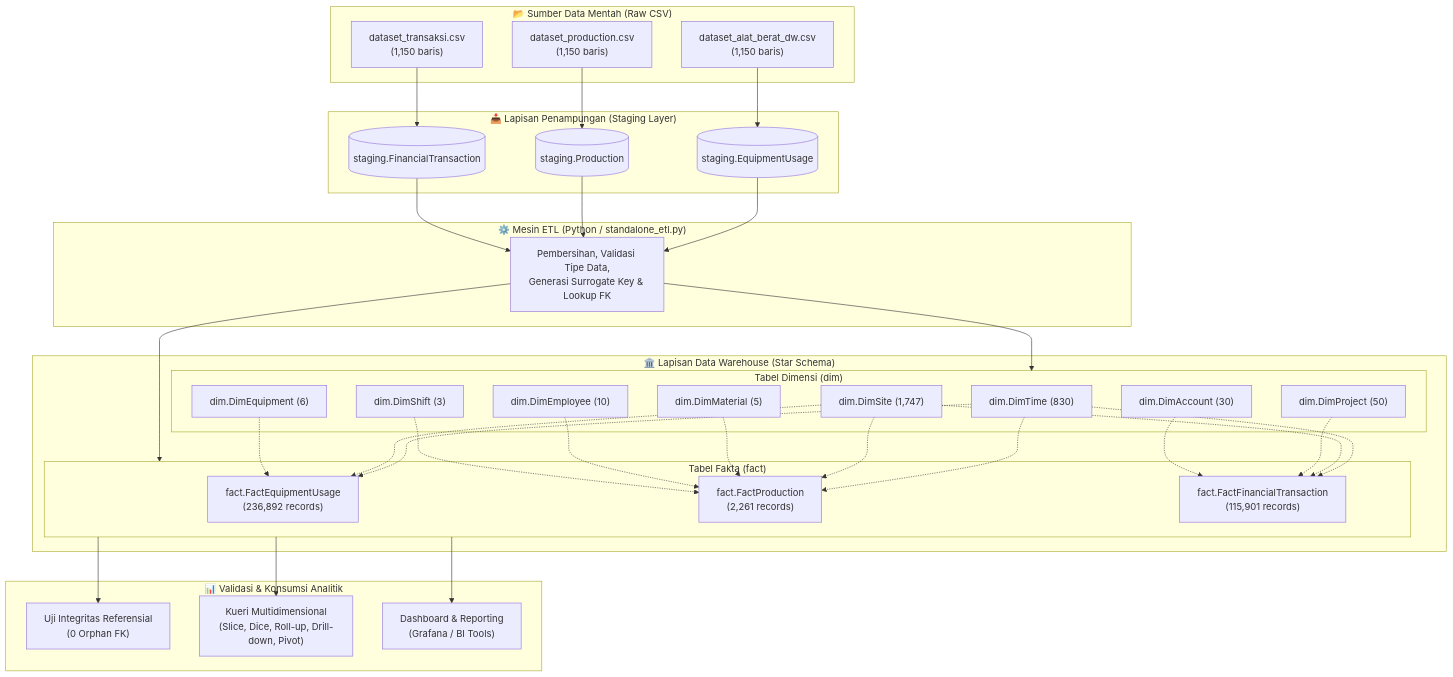
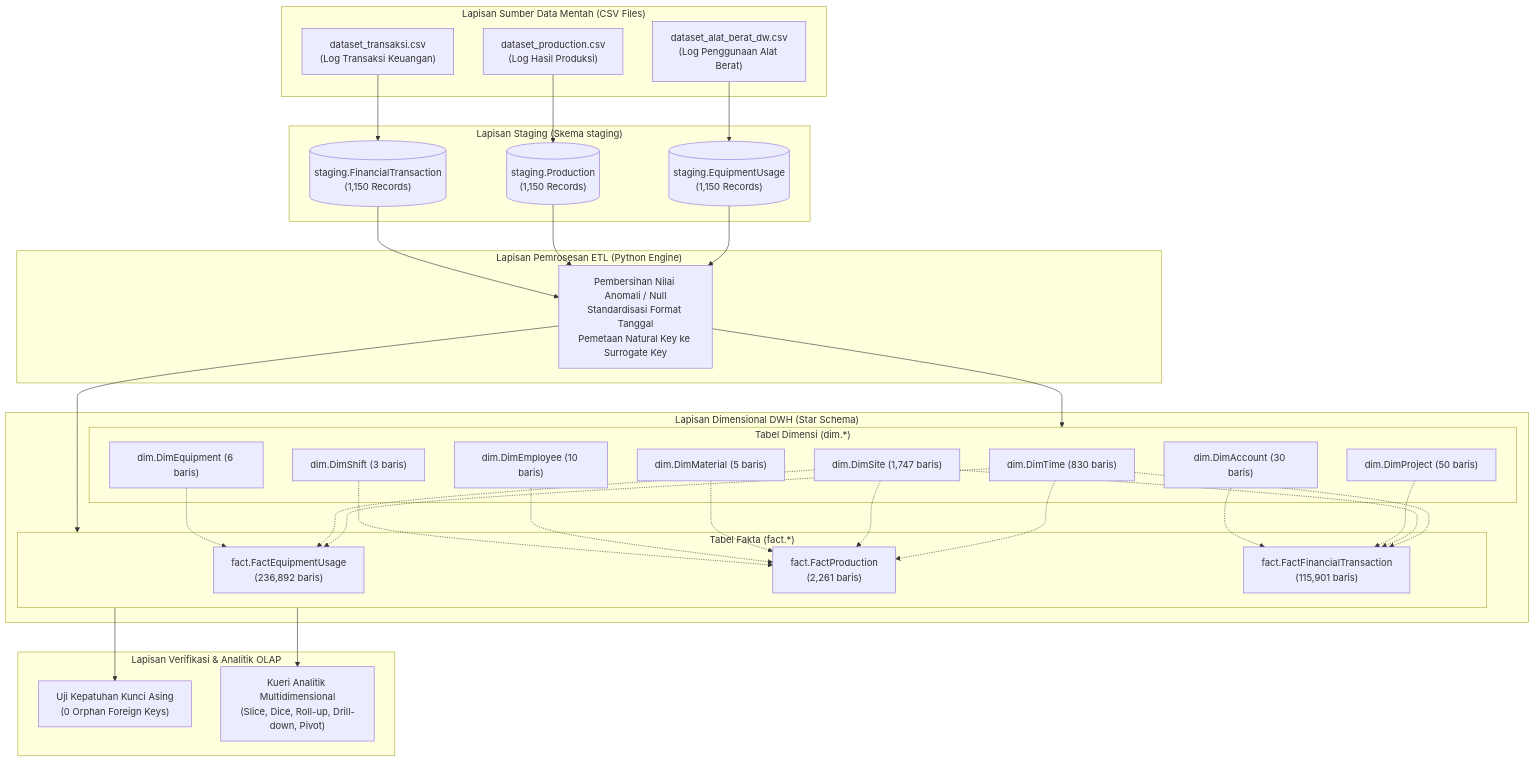
Before and after one commit to yuuukosoo/Perancangan-Data-Warehouse-Industri-Pertambangan-PT.XYZ: the diagram in RUNBOOK.md, drawn with Mermaid. The commit also changed other lines of this file, not shown here.

````diff
--- a/RUNBOOK.md
+++ b/RUNBOOK.md
@@ -49,66 +55,64 @@
 ```mermaid
 flowchart TD
-    subgraph Data_Sources ["📂 Sumber Data Mentah (Raw CSV)"]
-        CSV1["dataset_alat_berat_dw.csv<br/>(1,150 baris)"]
-        CSV2["dataset_production.csv<br/>(1,150 baris)"]
-        CSV3["dataset_transaksi.csv<br/>(1,150 baris)"]
+    subgraph Raw_Layer ["Lapisan Sumber Data Mentah (CSV Files)"]
+        CSV1["dataset_alat_berat_dw.csv<br/>(Log Penggunaan Alat Berat)"]
+        CSV2["dataset_production.csv<br/>(Log Hasil Produksi)"]
+        CSV3["dataset_transaksi.csv<br/>(Log Transaksi Keuangan)"]
     end
 
-    subgraph Staging_Layer ["📥 Lapisan Penampungan (Staging Layer)"]
-        STG1[("staging.EquipmentUsage")]
-        STG2[("staging.Production")]
-        STG3[("staging.FinancialTransaction")]
+    subgraph Staging_Layer ["Lapisan Staging (Skema staging)"]
+        STG1[("staging.EquipmentUsage<br/>(1,150 Records)")]
+        STG2[("staging.Production<br/>(1,150 Records)")]
+        STG3[("staging.FinancialTransaction<br/>(1,150 Records)")]
     end
 
-    subgraph ETL_Engine ["⚙️ Mesin ETL (Python / standalone_etl.py)"]
-        ETL["Pembersihan, Validasi Tipe Data,<br/>Generasi Surrogate Key & Lookup FK"]
+    subgraph ETL_Layer ["Lapisan Pemrosesan ETL (Python Engine)"]
+        ETL["Pembersihan Nilai Anomali / Null<br/>Standardisasi Format Tanggal<br/>Pemetaan Natural Key ke Surrogate Key"]
     end
 
-    subgraph DW_Star_Schema ["🏛️ Lapisan Data Warehouse (Star Schema)"]
-        subgraph Dimensions ["Tabel Dimensi (dim)"]
-            D1["dim.DimTime (830)"]
-            D2["dim.DimSite (1,747)"]
-            D3["dim.DimEquipment (6)"]
-            D4["dim.DimMaterial (5)"]
-            D5["dim.DimEmployee (10)"]
-            D6["dim.DimShift (3)"]
-            D7["dim.DimProject (50)"]
-            D8["dim.DimAccount (30)"]
+    subgraph DWH_Layer ["Lapisan Dimensional DWH (Star Schema)"]
+        subgraph Dim_Tables ["Tabel Dimensi (dim.*)"]
+            D1["dim.DimTime (830 baris)"]
+            D2["dim.DimSite (1,747 baris)"]
+            D3["dim.DimEquipment (6 baris)"]
+            D4["dim.DimMaterial (5 baris)"]
+            D5["dim.DimEmployee (10 baris)"]
+            D6["dim.DimShift (3 baris)"]
+            D7["dim.DimProject (50 baris)"]
+            D8["dim.DimAccount (30 baris)"]
         end
-        subgraph Facts ["Tabel Fakta (fact)"]
-            F1["fact.FactEquipmentUsage<br/>(236,892 records)"]
-            F2["fact.FactProduction<br/>(2,261 records)"]
-            F3["fact.FactFinancialTransaction<br/>(115,901 records)"]
+        subgraph Fact_Tables ["Tabel Fakta (fact.*)"]
+            F1["fact.FactEquipmentUsage<br/>(236,892 baris)"]
+            F2["fact.FactProduction<br/>(2,261 baris)"]
+            F3["fact.FactFinancialTransaction<br/>(115,901 baris)"]
         end
     end
 
-    subgraph Verification_Analytics ["📊 Validasi & Konsumsi Analitik"]
-        VAL["Uji Integritas Referensial<br/>(0 Orphan FK)"]
-        OLAP["Kueri Multidimensional<br/>(Slice, Dice, Roll-up, Drill-down, Pivot)"]
-        DASH["Dashboard & Reporting<br/>(Grafana / BI Tools)"]
+    subgraph Analytics_Layer ["Lapisan Verifikasi & Analitik OLAP"]
+        TEST["Uji Kepatuhan Kunci Asing<br/>(0 Orphan Foreign Keys)"]
+        OLAP["Kueri Analitik Multidimensional<br/>(Slice, Dice, Roll-up, Drill-down, Pivot)"]
     end
 
     CSV1 --> STG1
     CSV2 --> STG2
     CSV3 --> STG3
     STG1 --> ETL
     STG2 --> ETL
     STG3 --> ETL
-    ETL --> Dimensions
-    ETL --> Facts
+    ETL --> Dim_Tables
+    ETL --> Fact_Tables
     D1 -.-> F1
     D2 -.-> F1
     D3 -.-> F1
     D1 -.-> F2
     D2 -.-> F2
     D4 -.-> F2
     D5 -.-> F2
     D6 -.-> F2
     D1 -.-> F3
     D2 -.-> F3
     D7 -.-> F3
     D8 -.-> F3
-    Facts --> VAL
-    Facts --> OLAP
-    Facts --> DASH
+    Fact_Tables --> TEST
+    Fact_Tables --> OLAP
 ```
````
